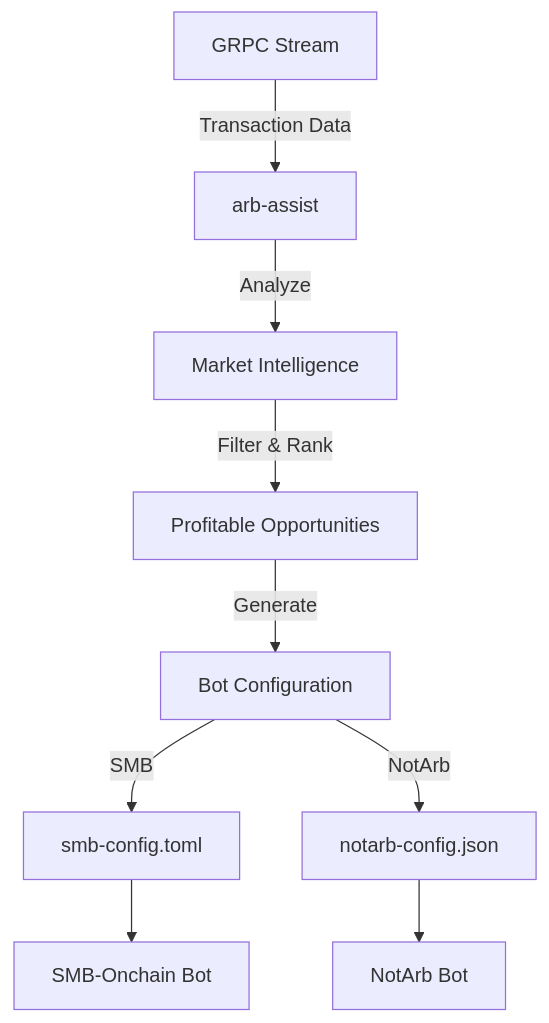
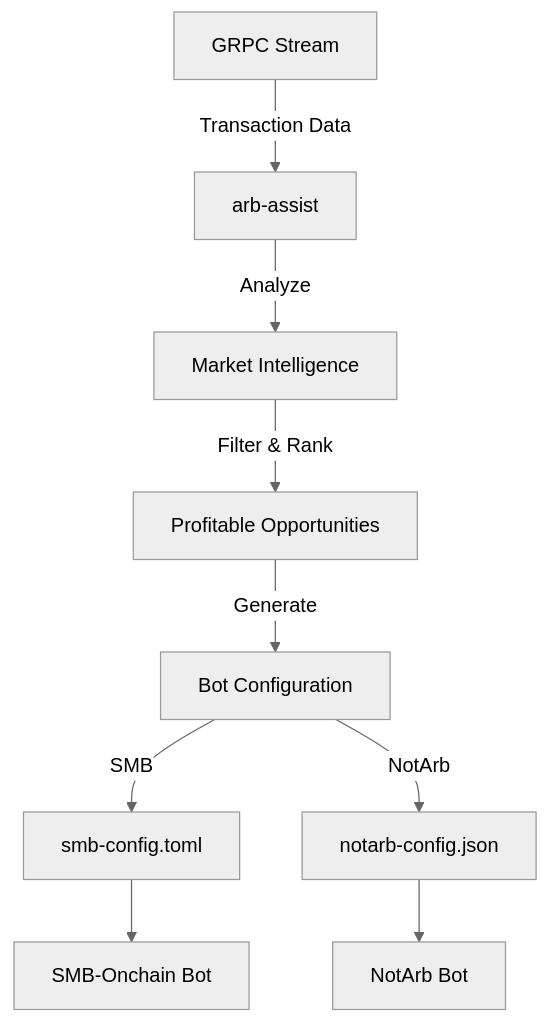
Before and after one commit to capicua4454/arb-assist: the diagram in docs/introduction/overview.md, drawn with Mermaid. The commit also changed 2 other files, not shown here.

Commit message:
Use neutral theme for Mermaid diagrams
- Added %%{init: {'theme':'neutral'}}%% to all Mermaid diagrams
- Removed custom color styling that might conflict with themes
- The neutral theme adapts automatically to light/dark mode in GitBook

````diff
--- a/docs/introduction/overview.md
+++ b/docs/introduction/overview.md
@@ -30,11 +30,12 @@
 ```mermaid
+%%{init: {'theme':'neutral'}}%%
 graph TD
     A[GRPC Stream] -->|Transaction Data| B[arb-assist]
     B -->|Analyze| C[Market Intelligence]
     C -->|Filter & Rank| D[Profitable Opportunities]
     D -->|Generate| E[Bot Configuration]
     E -->|SMB| F[smb-config.toml]
     E -->|NotArb| G[notarb-config.json]
     F --> H[SMB-Onchain Bot]
     G --> I[NotArb Bot]
 ```
````
